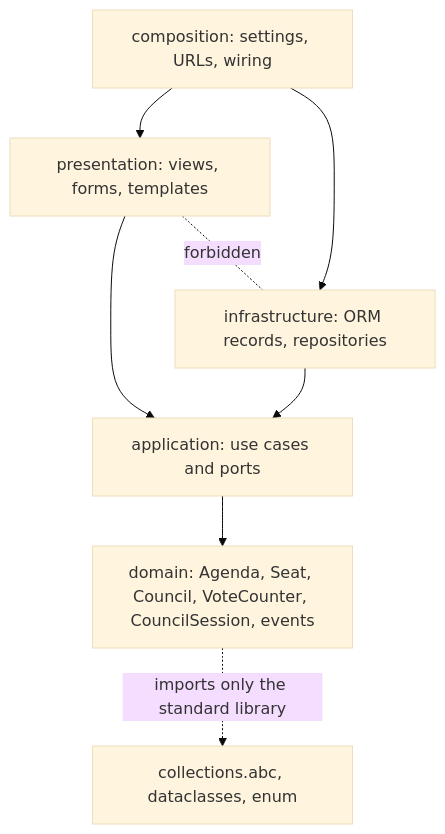
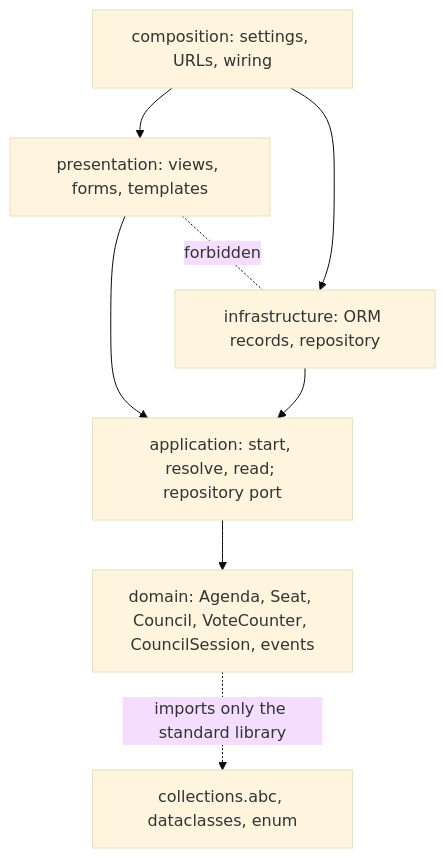
One commit to TM-59/council-vote changed the third of 3 diagrams in docs/theory/02-session-and-layers.md. Above: the diagram before and after it, drawn with Mermaid (base theme). The commit also changed other lines of this file and 19 other files, not shown here.

````diff
--- a/docs/theory/02-session-and-layers.md
+++ b/docs/theory/02-session-and-layers.md
@@ -103,10 +105,10 @@
 ```mermaid
 flowchart TD
     C["composition: settings, URLs, wiring"] --> P["presentation: views, forms, templates"]
-    C --> I["infrastructure: ORM records, repositories"]
-    P --> A["application: use cases and ports"]
+    C --> I["infrastructure: ORM records, repository"]
+    P --> A["application: start, resolve, read; repository port"]
     I --> A
     A --> D["domain: Agenda, Seat, Council, VoteCounter, CouncilSession, events"]
     P -. "forbidden" .- I
     D -. "imports only the standard library" .-> STD["collections.abc, dataclasses, enum"]
 ```
````
